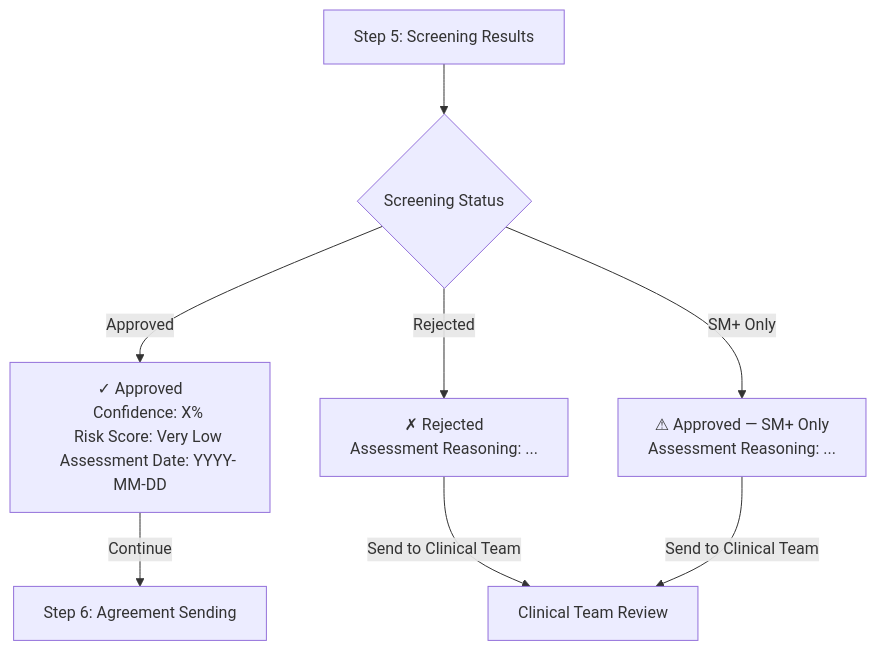
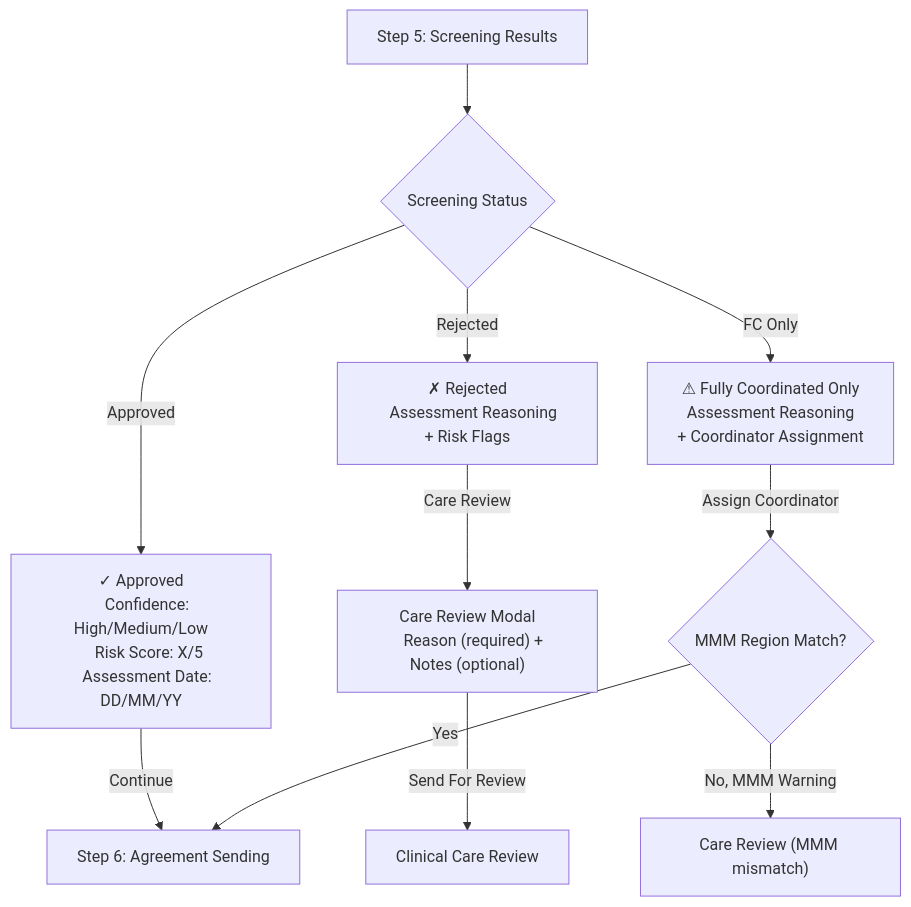
Before and after one commit to willwhitelaw94/SDD: the second of 5 diagrams in content/initiatives/Consumer-Lifecycle/Lead-To-HCA/spec.md, drawn with Mermaid. The commit also changed other lines of this file and 1 other file, not shown here.

First line of the commit message:
docs: Clarify Care Plan creation ownership between LTH and Client HCA

````diff
--- a/content/initiatives/Consumer-Lifecycle/Lead-To-HCA/spec.md
+++ b/content/initiatives/Consumer-Lifecycle/Lead-To-HCA/spec.md
@@ -197,16 +232,22 @@
 ```mermaid
 flowchart TD
     S5[Step 5: Screening Results] --> Status{Screening Status}
+
     Status -->|Approved| Approved["✓ Approved
-    Confidence: X%
-    Risk Score: Very Low
-    Assessment Date: YYYY-MM-DD"]
+    Confidence: High/Medium/Low
+    Risk Score: X/5
+    Assessment Date: DD/MM/YY"]
     Status -->|Rejected| Rejected["✗ Rejected
-    Assessment Reasoning: ..."]
-    Status -->|SM+ Only| SMPlus["⚠ Approved — SM+ Only
-    Assessment Reasoning: ..."]
+    Assessment Reasoning + Risk Flags"]
+    Status -->|FC Only| FCOnly["⚠ Fully Coordinated Only
+    Assessment Reasoning
+    + Coordinator Assignment"]
 
     Approved -->|Continue| S6[Step 6: Agreement Sending]
-    Rejected -->|Send to Clinical Team| Clinical[Clinical Team Review]
-    SMPlus -->|Send to Clinical Team| Clinical
+    Rejected -->|Care Review| Modal["Care Review Modal
+    Reason (required) + Notes (optional)"]
+    Modal -->|Send For Review| Clinical[Clinical Care Review]
+    FCOnly -->|Assign Coordinator| CoordCheck{MMM Region Match?}
+    CoordCheck -->|Yes| S6
+    CoordCheck -->|No, MMM Warning| CareReview["Care Review (MMM mismatch)"]
 ```
````
